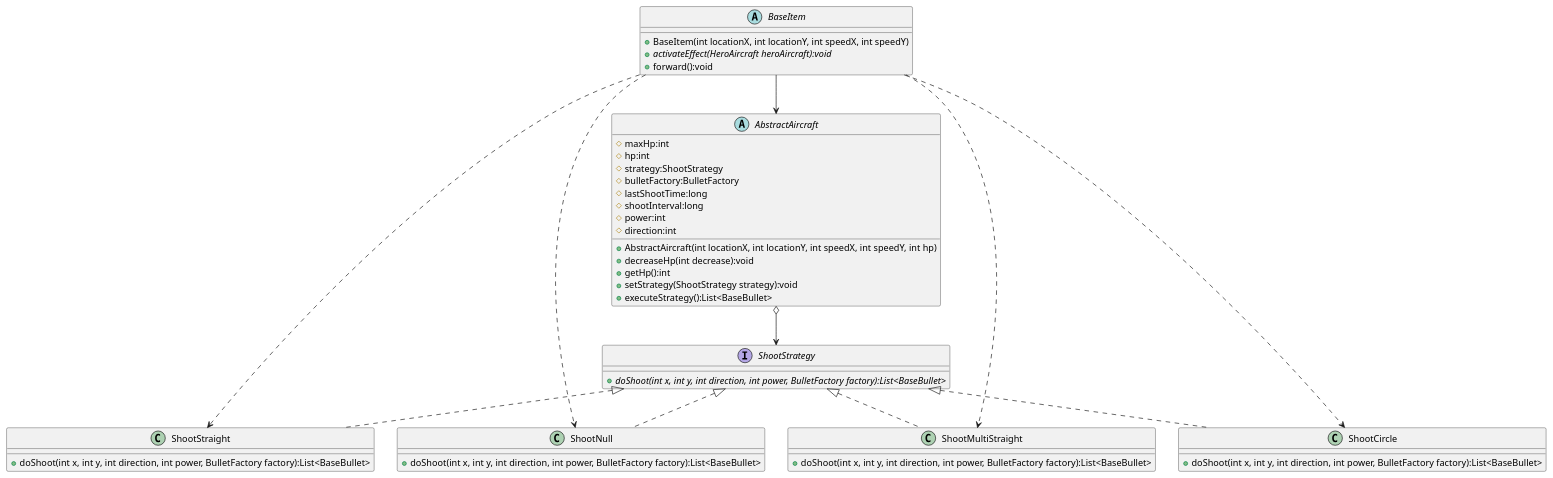
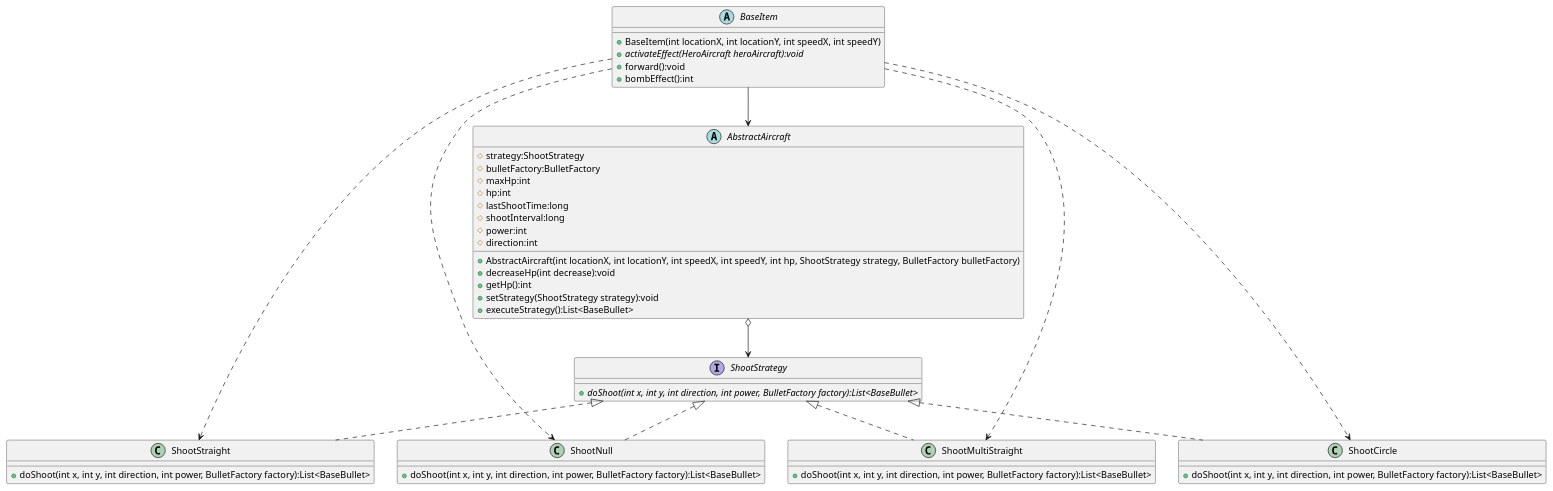
The diagram in uml/strategy.puml (ZhouYuan307/AircraftWar), drawn with PlantUML before and after one commit. The commit also changed 16 other files, not shown here.

Commit message:
docs: update the uml image fix: fix some small bugs refactor: delete useless functions and codes

```diff
--- a/uml/strategy.puml
+++ b/uml/strategy.puml
@@ -1,56 +1,57 @@
 @startuml
 'https://plantuml.com/class-diagram
 abstract class AbstractAircraft
 {
+    # strategy:ShootStrategy
+    # bulletFactory:BulletFactory
 	# maxHp:int
     # hp:int
-    # strategy:ShootStrategy
-    # bulletFactory:BulletFactory
     # lastShootTime:long
     # shootInterval:long
     # power:int
     # direction:int
-    + AbstractAircraft(int locationX, int locationY, int speedX, int speedY, int hp)
+    + AbstractAircraft(int locationX, int locationY, int speedX, int speedY, int hp, ShootStrategy strategy, BulletFactory bulletFactory)
     + decreaseHp(int decrease):void
     + getHp():int
     + setStrategy(ShootStrategy strategy):void
     + executeStrategy():List<BaseBullet>
  }
 
 interface ShootStrategy {
     +{abstract}doShoot(int x, int y, int direction, int power, BulletFactory factory):List<BaseBullet>
 }
 
 class ShootStraight{
     +doShoot(int x, int y, int direction, int power, BulletFactory factory):List<BaseBullet>
 }
 
 class ShootNull{
     +doShoot(int x, int y, int direction, int power, BulletFactory factory):List<BaseBullet>
 }
 
 class ShootMultiStraight{
     +doShoot(int x, int y, int direction, int power, BulletFactory factory):List<BaseBullet>
 }
 
 class ShootCircle{
     +doShoot(int x, int y, int direction, int power, BulletFactory factory):List<BaseBullet>
 }
 
- abstract class BaseItem{
-     + BaseItem(int locationX, int locationY, int speedX, int speedY)
-     + {abstract}activateEffect(HeroAircraft heroAircraft):void
-     + forward():void
- }
+abstract class BaseItem{
+    + BaseItem(int locationX, int locationY, int speedX, int speedY)
+    + {abstract}activateEffect(HeroAircraft heroAircraft):void
+    + forward():void
+    + bombEffect():int
+}
 
 ShootStrategy <|..  ShootStraight
 ShootStrategy <|..  ShootNull
 ShootStrategy <|..  ShootMultiStraight
 ShootStrategy <|..  ShootCircle
 AbstractAircraft o--> ShootStrategy
 BaseItem --> AbstractAircraft
 BaseItem ..> ShootStraight
 BaseItem ..> ShootNull
 BaseItem ..> ShootMultiStraight
 BaseItem ..> ShootCircle
 @enduml
```
